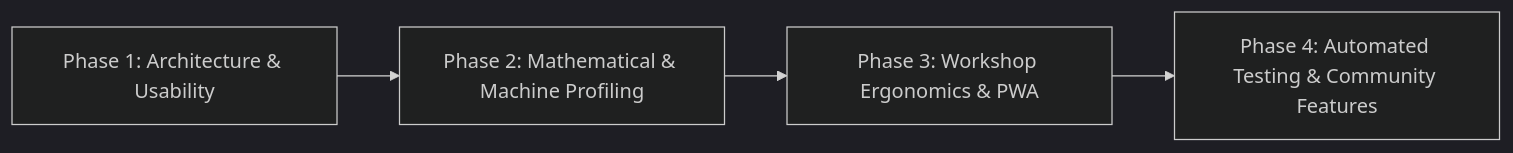
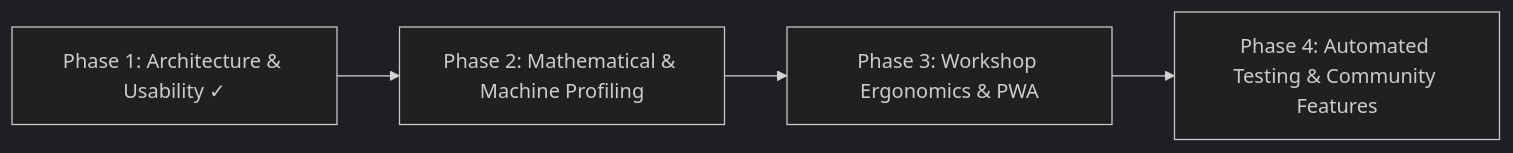
The diagram in angle-setter/docs/PROJECT_PLAN.md (JSharpen/uwgas), drawn with Mermaid (dark theme) before and after one commit. The commit also changed other lines of this file and 20 other files, not shown here.

````diff
--- a/angle-setter/docs/PROJECT_PLAN.md
+++ b/angle-setter/docs/PROJECT_PLAN.md
@@ -52,6 +67,6 @@
 ```mermaid
 flowchart LR
-    P1[Phase 1: Architecture & Usability] --> P2[Phase 2: Mathematical & Machine Profiling]
+    P1[Phase 1: Architecture & Usability ✓] --> P2[Phase 2: Mathematical & Machine Profiling]
     P2 --> P3[Phase 3: Workshop Ergonomics & PWA]
     P3 --> P4[Phase 4: Automated Testing & Community Features]
 ```
````
